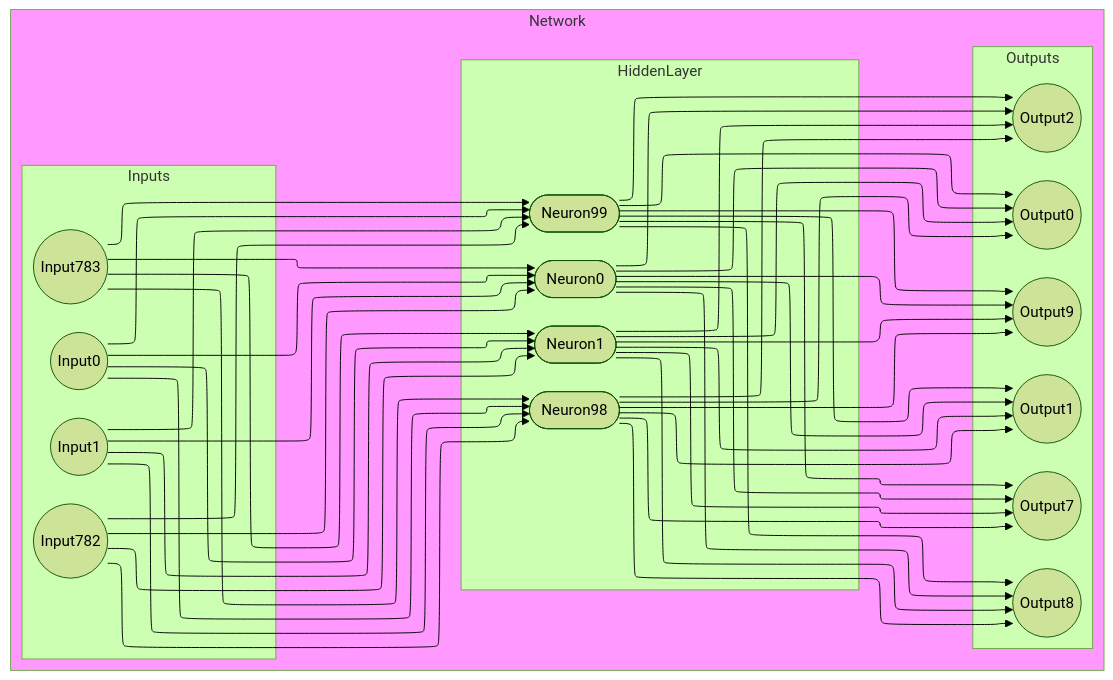
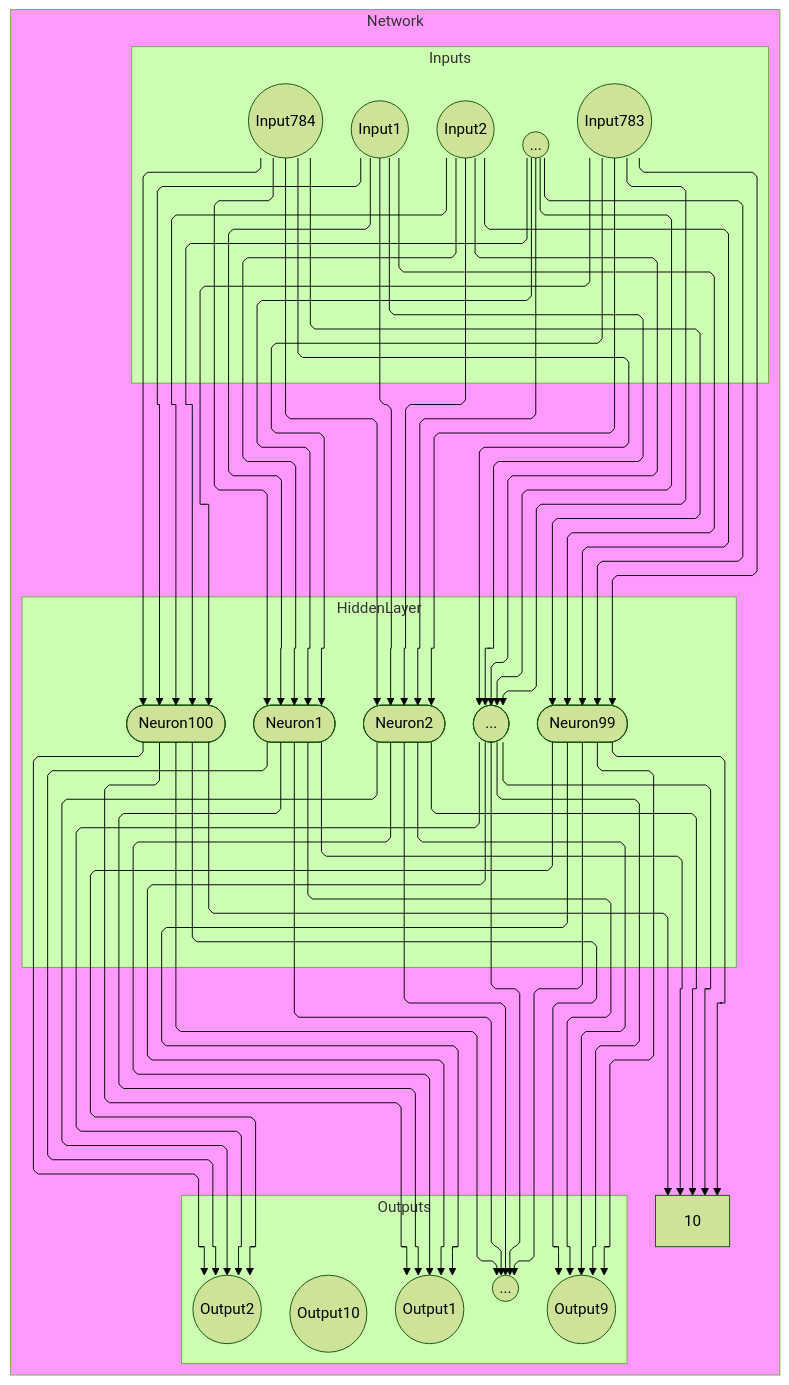
The first of 2 diagrams in notebooks/01_fashionMNIST/README.md (andrelohmann/ai-experiments), drawn with Mermaid (forest theme) before and after one commit.

Commit message:
updated Network Graph

````diff
--- a/notebooks/01_fashionMNIST/README.md
+++ b/notebooks/01_fashionMNIST/README.md
@@ -11,41 +11,47 @@
 ```mermaid
     %%{ init: { 'flowchart': { 'curve': 'linear', "defaultRenderer": "elk" } } }%%
-    flowchart LR
+    flowchart TD
         subgraph Network
-            direction LR
+            direction TD
             style Network fill:#f9f
-            linkStyle default interpolate basis
-            %%{ init: { 'flowchart': { 'curve': 'linear' } } }%%
-            I0 --> N0 & N1 & N98 & N99
-            I1 --> N0 & N1 & N98 & N99
-            I782 --> N0 & N1 & N98 & N99
-            I783 --> N0 & N1 & N98 & N99
             subgraph Inputs
-                direction TB
-                I0((Input0));
+                direction LR
                 I1((Input1));
-                I782((Input782));
+                I2((Input2));
+                Ix((...))
                 I783((Input783));
+                I784((Input784));
             end
-            N0 --> O0 & O1 & O2 & O7 & O8 & O9
-            N1 --> O0 & O1 & O2 & O7 & O8 & O9
-            N98 --> O0 & O1 & O2 & O7 & O8 & O9
-            N99 --> O0 & O1 & O2 & O7 & O8 & O9
+
             subgraph HiddenLayer
-                direction TB
-                N0([Neuron0]);
+                direction LR
                 N1([Neuron1]);
-                N98([Neuron98]);
+                N2([Neuron2]);
+                Nx([...]);
                 N99([Neuron99]);
+                N100([Neuron100]);
             end
+
             subgraph Outputs
-                direction TB
-                O0((Output0));
+                direction LR
                 O1((Output1));
                 O2((Output2));
-                O7((Output7));
-                O8((Output8));
+                Ox((...));
                 O9((Output9));
+                O10((Output10));
             end
+
+            I1 --> N1 & N2 & Nx & N99 & N100
+            I2 --> N1 & N2 & Nx & N99 & N100
+            Ix --> N1 & N2 & Nx & N99 & N100
+            I783 --> N1 & N2 & Nx & N99 & N100
+            I784 --> N1 & N2 & Nx & N99 & N100
+
+            N1 --> O1 & O2 & Ox & O9 & 10
+            N2 --> O1 & O2 & Ox & O9 & 10
+            Nx --> O1 & O2 & Ox & O9 & 10
+            N99 --> O1 & O2 & Ox & O9 & 10
+            N100 --> O1 & O2 & Ox & O9 & 10
+
         end
 ```
````
